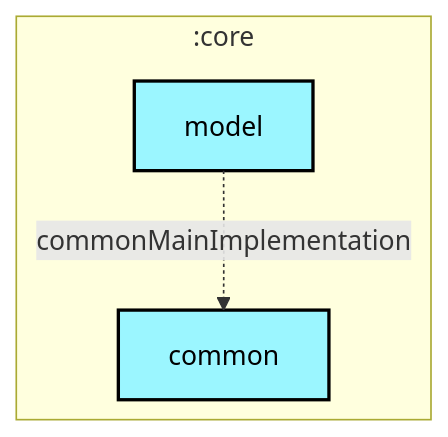
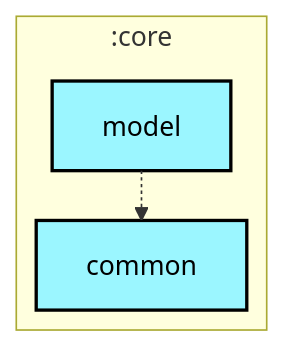
One commit to woods-marshes/chat-multiplatform changed the first of 2 diagrams in core/model/README.md. Above: the diagram before and after it, drawn with Mermaid. The commit also changed 11 other files, not shown here.

````diff
--- a/core/model/README.md
+++ b/core/model/README.md
@@ -6,21 +6,21 @@
 ```mermaid
 ---
 config:
   layout: elk
   elk:
     nodePlacementStrategy: SIMPLE
 ---
 graph TB
   subgraph :core
     direction TB
     :core:common[common]:::kotlin-multiplatform
     :core:model[model]:::kotlin-multiplatform
   end
 
-  :core:model -.->|commonMainImplementation| :core:common
+  :core:model -.-> :core:common
 
 classDef android-application fill:#CAFFBF,stroke:#000,stroke-width:2px,color:#000;
 classDef compose-multiplatform fill:#FFD6A5,stroke:#000,stroke-width:2px,color:#000;
 classDef kotlin-multiplatform fill:#9BF6FF,stroke:#000,stroke-width:2px,color:#000;
 classDef unknown fill:#FFADAD,stroke:#000,stroke-width:2px,color:#000;
 ```
````
